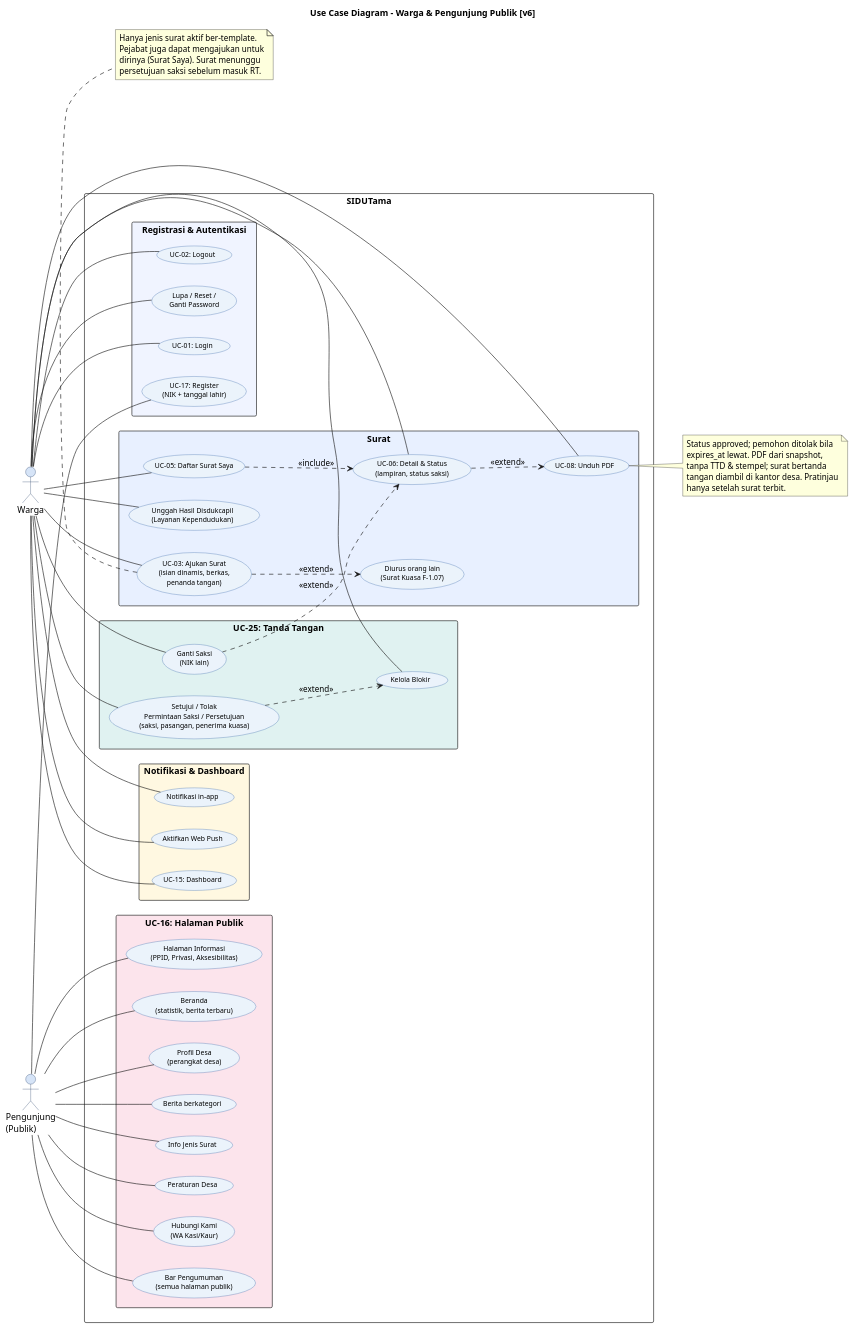
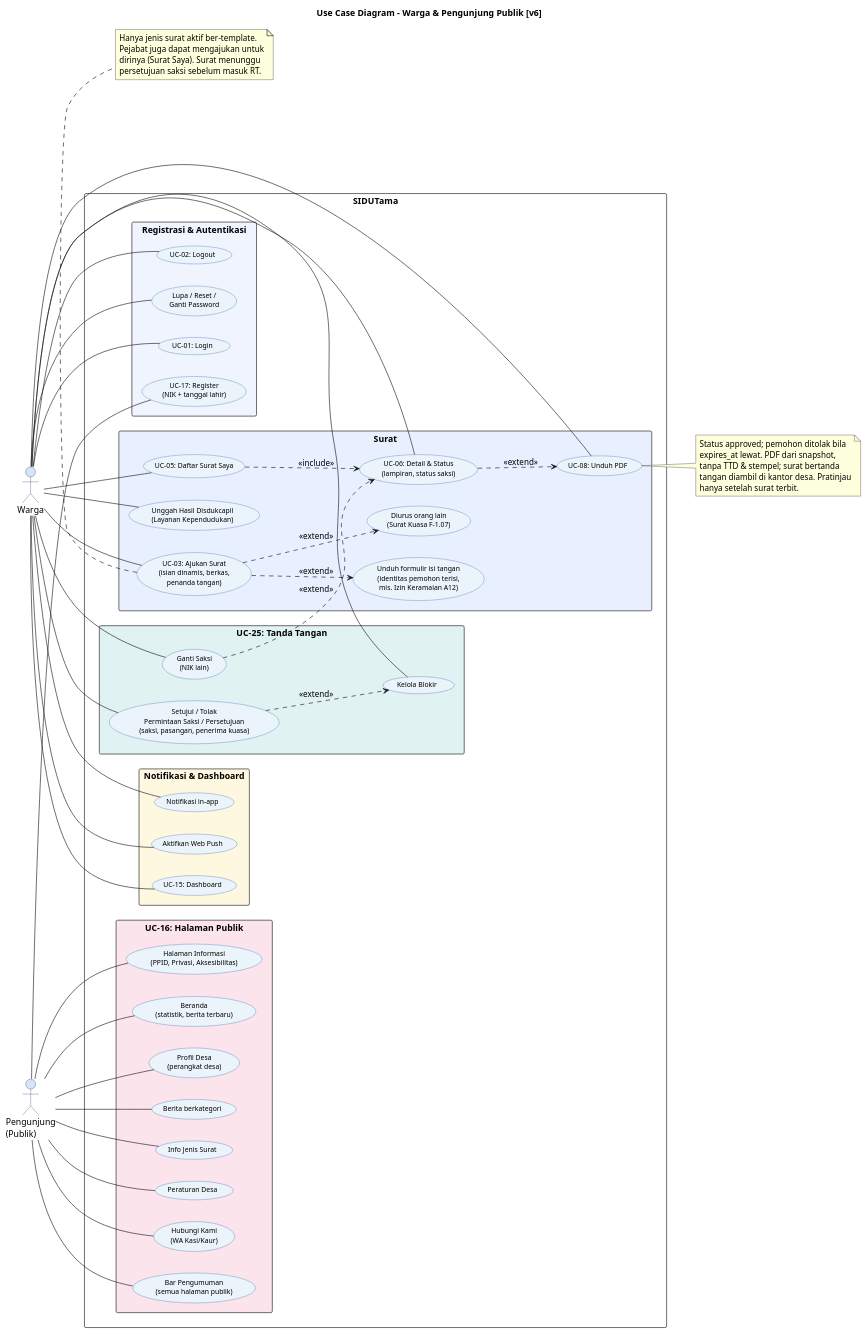
Before and after one commit to Vextronode/sid-app: the diagram in docs/diagram/code/usecase/01_UC_Warga_v6.puml, drawn with PlantUML. The commit also changed 131 other files, not shown here.

First line of the commit message:
Feature/surat izin keramaian dan skck dan migran (#222)

```diff
--- a/docs/diagram/code/usecase/01_UC_Warga_v6.puml
+++ b/docs/diagram/code/usecase/01_UC_Warga_v6.puml
@@ -10,101 +10,103 @@
 @startuml UC_Warga_v6
 left to right direction
 skinparam packageStyle rectangle
 skinparam backgroundColor #FFFFFF
 skinparam usecase {
   BackgroundColor #EBF3FB
   BorderColor #2E5FA3
   FontName Arial
   FontSize 11
 }
 skinparam actor {
   BackgroundColor #D6E4F7
   BorderColor #1F3864
   FontName Arial
 }
 title Use Case Diagram - Warga & Pengunjung Publik [v6]
 
 actor "Warga" as WRG
 actor "Pengunjung\n(Publik)" as PUB
 
 rectangle "SIDUTama" {
   rectangle "Registrasi & Autentikasi" #F0F4FF {
     usecase "UC-17: Register\n(NIK + tanggal lahir)" as UC_REG
     usecase "UC-01: Login" as UC_LOGIN
     usecase "UC-02: Logout" as UC_LOGOUT
     usecase "Lupa / Reset /\nGanti Password" as UC_PWD
   }
   rectangle "UC-16: Halaman Publik" #FCE4EC {
     usecase "Beranda\n(statistik, berita terbaru)" as UC_P1
     usecase "Profil Desa\n(perangkat desa)" as UC_P2
     usecase "Berita berkategori" as UC_P3
     usecase "Info Jenis Surat" as UC_P4
     usecase "Peraturan Desa" as UC_P5
     usecase "Hubungi Kami\n(WA Kasi/Kaur)" as UC_P6
     usecase "Bar Pengumuman\n(semua halaman publik)" as UC_P7
     usecase "Halaman Informasi\n(PPID, Privasi, Aksesibilitas)" as UC_P8
   }
   rectangle "Surat" #E8F0FF {
     usecase "UC-03: Ajukan Surat\n(isian dinamis, berkas,\npenanda tangan)" as UC_SUBMIT
     usecase "UC-05: Daftar Surat Saya" as UC_LIST
     usecase "UC-06: Detail & Status\n(lampiran, status saksi)" as UC_DETAIL
     usecase "UC-08: Unduh PDF" as UC_DL
     usecase "Unggah Hasil Disdukcapil\n(Layanan Kependudukan)" as UC_RESULT
     usecase "Diurus orang lain\n(Surat Kuasa F-1.07)" as UC_POA
+    usecase "Unduh formulir isi tangan\n(identitas pemohon terisi,\nmis. Izin Keramaian A12)" as UC_HWF
   }
   rectangle "UC-25: Tanda Tangan" #E0F2F1 {
     usecase "Setujui / Tolak\nPermintaan Saksi / Persetujuan\n(saksi, pasangan, penerima kuasa)" as UC_SIGREQ
     usecase "Ganti Saksi\n(NIK lain)" as UC_REFILL
     usecase "Kelola Blokir" as UC_BLOCK
   }
   rectangle "Notifikasi & Dashboard" #FFF8E1 {
     usecase "Notifikasi in-app" as UC_NOTIF
     usecase "Aktifkan Web Push" as UC_PUSH
     usecase "UC-15: Dashboard" as UC_DASH
   }
 }
 
 PUB -- UC_P1
 PUB -- UC_P2
 PUB -- UC_P3
 PUB -- UC_P4
 PUB -- UC_P5
 PUB -- UC_P6
 PUB -- UC_P7
 PUB -- UC_P8
 PUB -- UC_REG
 WRG -- UC_LOGIN
 WRG -- UC_LOGOUT
 WRG -- UC_PWD
 WRG -- UC_SUBMIT
 WRG -- UC_LIST
 WRG -- UC_DETAIL
 WRG -- UC_DL
 WRG -- UC_RESULT
 UC_SUBMIT ..> UC_POA : <<extend>>
+UC_SUBMIT ..> UC_HWF : <<extend>>
 WRG -- UC_SIGREQ
 WRG -- UC_REFILL
 WRG -- UC_BLOCK
 WRG -- UC_NOTIF
 WRG -- UC_PUSH
 WRG -- UC_DASH
 
 UC_REFILL ..> UC_DETAIL : <<extend>>
 UC_LIST ..> UC_DETAIL : <<include>>
 UC_DETAIL ..> UC_DL : <<extend>>
 UC_SIGREQ ..> UC_BLOCK : <<extend>>
 
 note bottom of UC_SUBMIT
   Hanya jenis surat aktif ber-template.
   Pejabat juga dapat mengajukan untuk
   dirinya (Surat Saya). Surat menunggu
   persetujuan saksi sebelum masuk RT.
 end note
 note right of UC_DL
   Status approved; pemohon ditolak bila
   expires_at lewat. PDF dari snapshot,
   tanpa TTD & stempel; surat bertanda
   tangan diambil di kantor desa. Pratinjau
   hanya setelah surat terbit.
 end note
 @enduml
```
